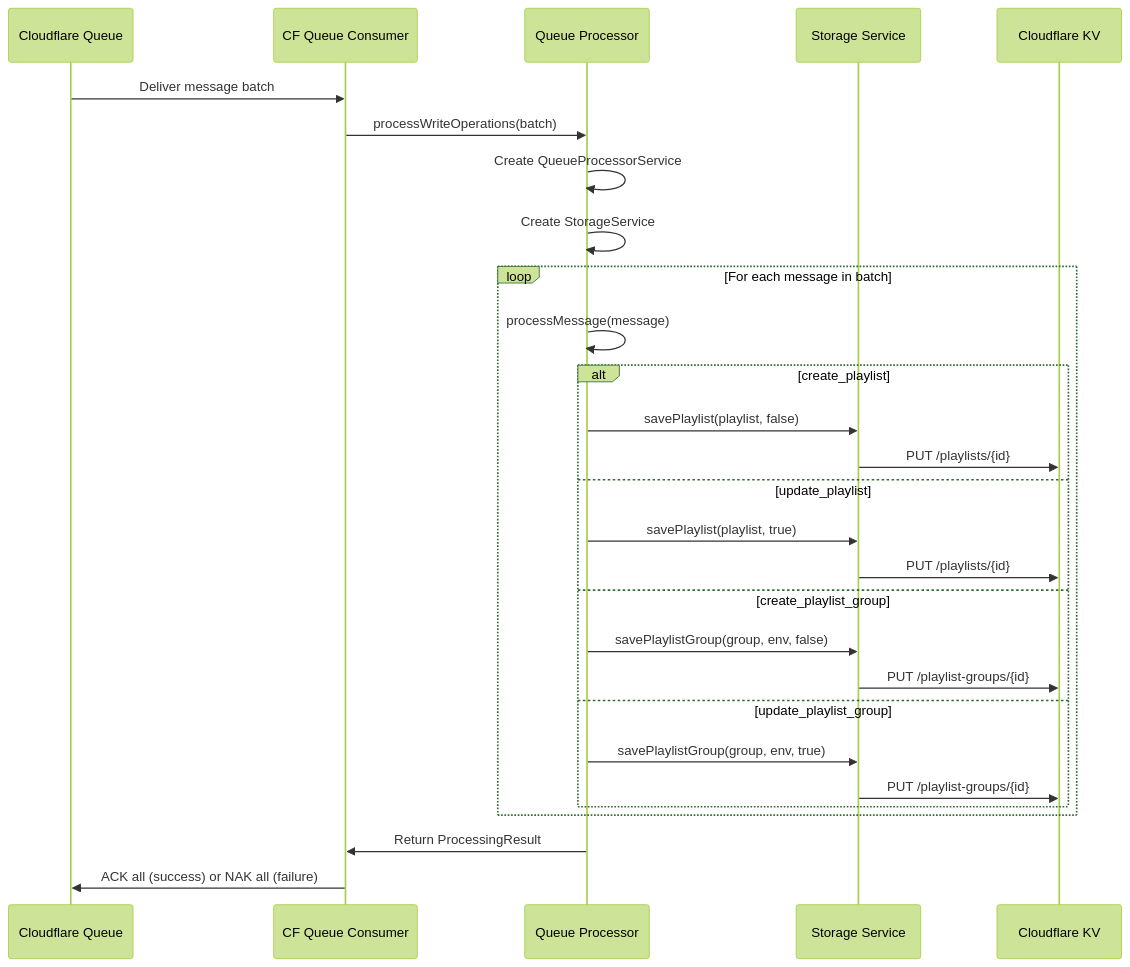
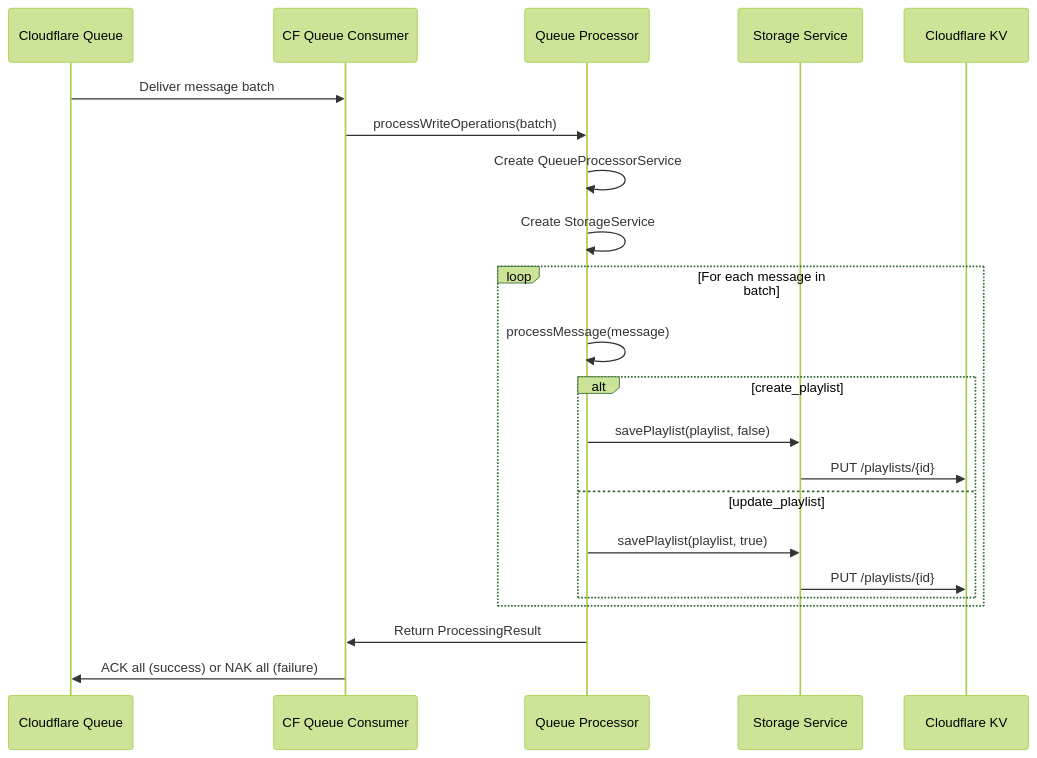
The third of 6 diagrams in DIAGRAM.md (feral-file/dp1-feed), drawn with Mermaid (forest theme) before and after one commit. The commit also changed other lines of this file and 32 other files, not shown here.

Commit message:
remove playlist group entity

````diff
--- a/DIAGRAM.md
+++ b/DIAGRAM.md
@@ -144,35 +138,29 @@
 ```mermaid
 sequenceDiagram
     participant CF_Queue as Cloudflare Queue
     participant CF_Consumer as CF Queue Consumer
     participant Processor as Queue Processor
     participant Storage as Storage Service
     participant CF_KV as Cloudflare KV
 
     CF_Queue->>CF_Consumer: Deliver message batch
     CF_Consumer->>Processor: processWriteOperations(batch)
 
     Processor->>Processor: Create QueueProcessorService
     Processor->>Processor: Create StorageService
 
     loop For each message in batch
         Processor->>Processor: processMessage(message)
 
         alt create_playlist
             Processor->>Storage: savePlaylist(playlist, false)
             Storage->>CF_KV: PUT /playlists/{id}
         else update_playlist
             Processor->>Storage: savePlaylist(playlist, true)
             Storage->>CF_KV: PUT /playlists/{id}
-        else create_playlist_group
-            Processor->>Storage: savePlaylistGroup(group, env, false)
-            Storage->>CF_KV: PUT /playlist-groups/{id}
-        else update_playlist_group
-            Processor->>Storage: savePlaylistGroup(group, env, true)
-            Storage->>CF_KV: PUT /playlist-groups/{id}
         end
     end
 
     Processor->>CF_Consumer: Return ProcessingResult
     CF_Consumer->>CF_Queue: ACK all (success) or NAK all (failure)
 ```
````
